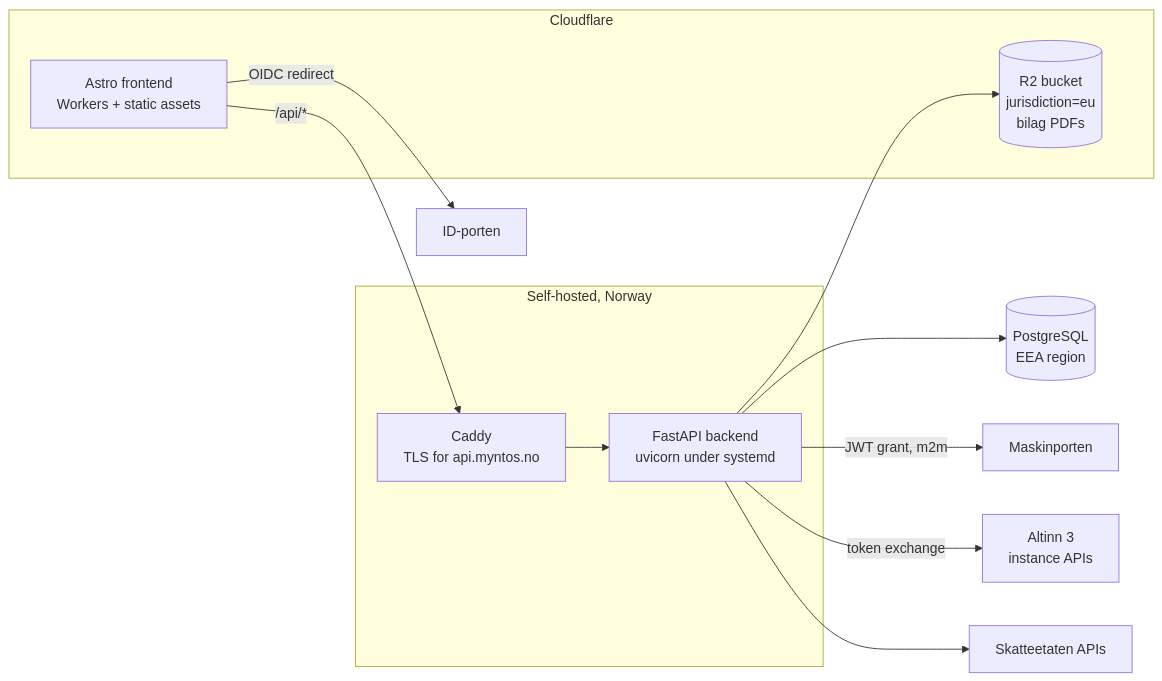
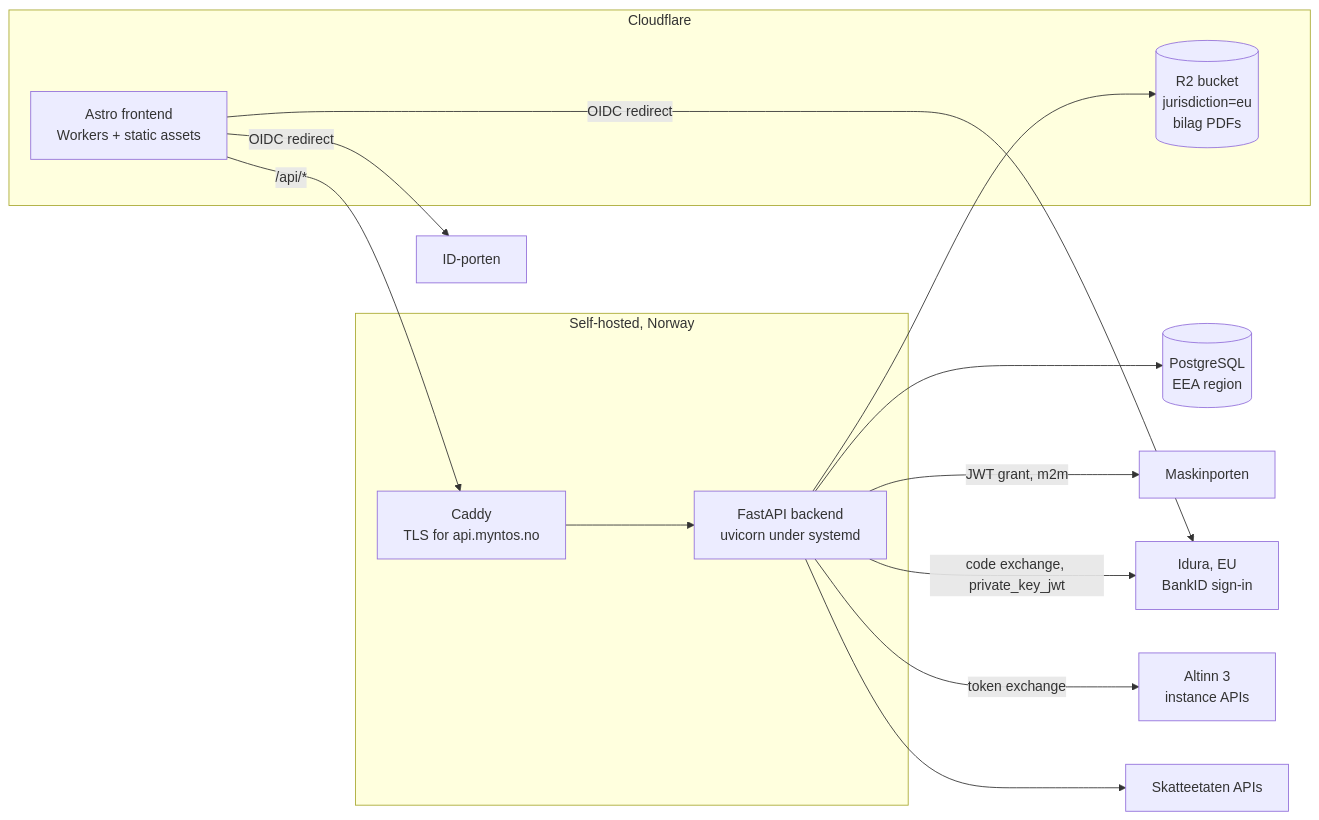
One commit to andreasviner/myntos changed the diagram in docs/ARCHITECTURE.md. Above: the diagram before and after it, drawn with Mermaid. The commit also changed other lines of this file and 458 other files, not shown here.

````diff
--- a/docs/ARCHITECTURE.md
+++ b/docs/ARCHITECTURE.md
@@ -9,25 +9,28 @@
 ```mermaid
 flowchart LR
     subgraph Cloudflare
         FE[Astro frontend<br/>Workers + static assets]
         R2[(R2 bucket<br/>jurisdiction=eu<br/>bilag PDFs)]
     end
     subgraph "Self-hosted, Norway"
         CADDY[Caddy<br/>TLS for api.myntos.no]
         BE[FastAPI backend<br/>uvicorn under systemd]
     end
     PG[(PostgreSQL<br/>EEA region)]
     MP[Maskinporten]
     IDP[ID-porten]
+    IDURA[Idura, EU<br/>BankID sign-in]
     ALT[Altinn 3<br/>instance APIs]
     SKE[Skatteetaten APIs]
 
     FE -->|/api/*| CADDY
     CADDY --> BE
     BE --> PG
     BE --> R2
     BE -->|JWT grant, m2m| MP
     FE -->|OIDC redirect| IDP
+    FE -->|OIDC redirect| IDURA
+    BE -->|code exchange, private_key_jwt| IDURA
     BE -->|token exchange| ALT
     BE --> SKE
 ```
````
